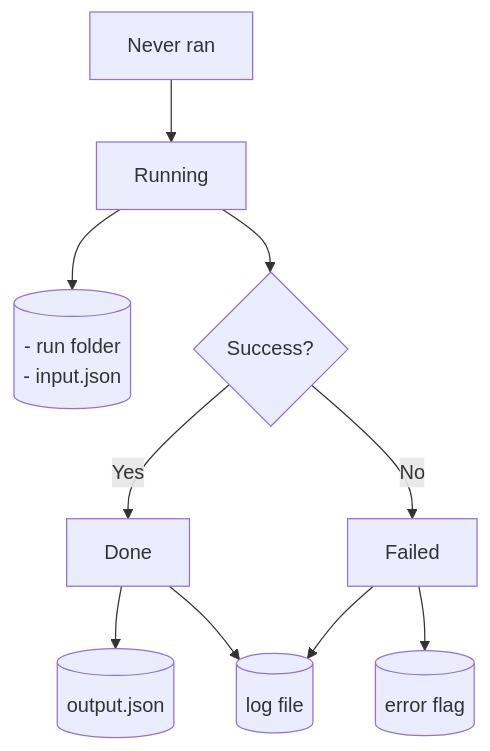
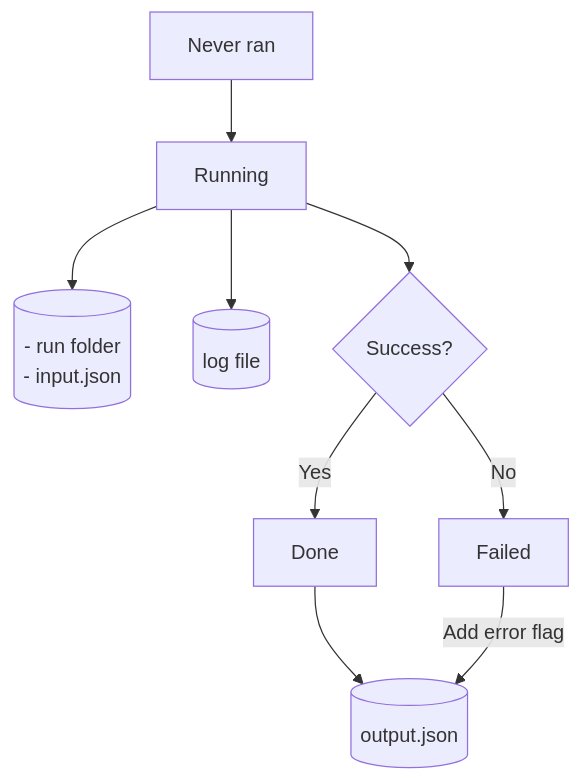
Before and after one commit to GEO-BON/bon-in-a-box-pipelines: the fourth of 4 diagrams in docs/dev.md, drawn with Mermaid.

Commit message:
error flag in output.json instead

````diff
--- a/docs/dev.md
+++ b/docs/dev.md
@@ -91,12 +91,11 @@
 ```mermaid
 flowchart TD
  never[Never ran] --> running[Running]
  running --> input[(- run folder\n- input.json)]
+ running --> log[(log file)]
  running --> success{Success?}
  success --> |Yes| Done
  Done --> output[(output.json)]
  success --> |No| Failed
- Done --> log[(log file)]
- Failed --> log
- Failed --> error[(error flag)]
+ Failed --> |Add error flag|output
 ```
````
